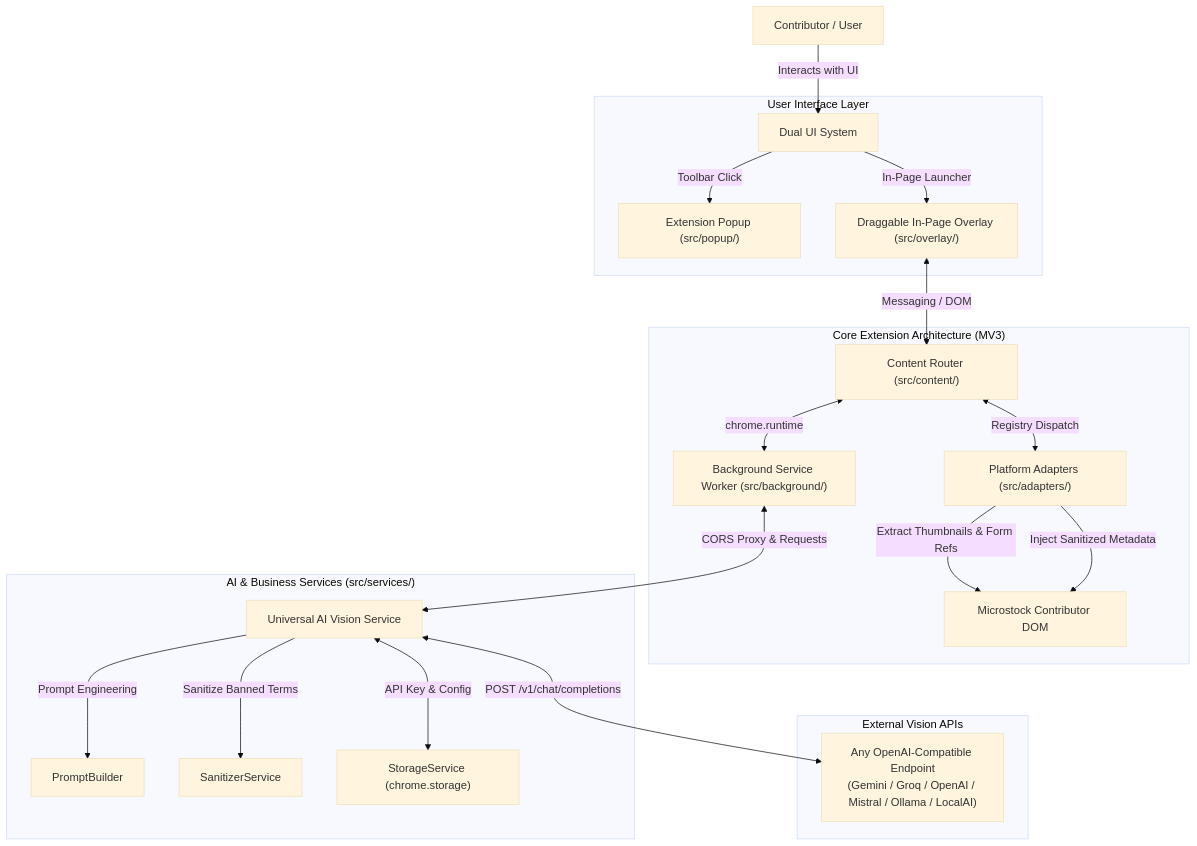
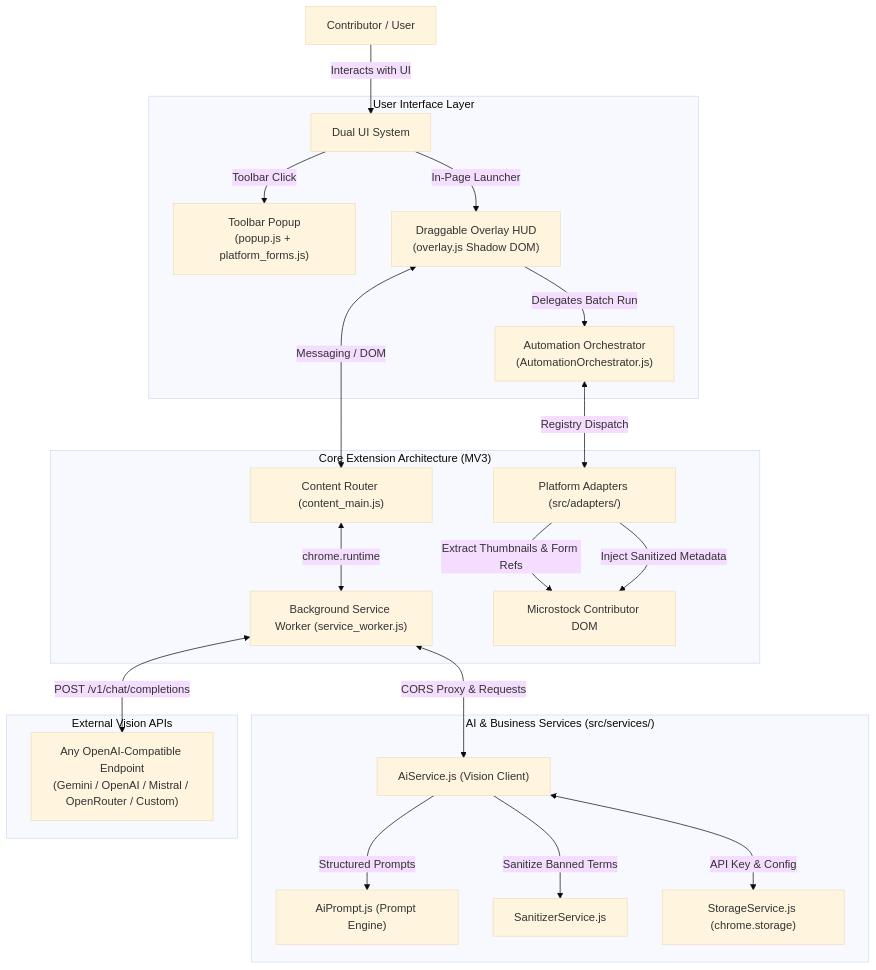
One commit to riiicil/rj-aio-metadata changed the first of 2 diagrams in docs/ARCHITECTURE.md. Above: the diagram before and after it, drawn with Mermaid (base theme). The commit also changed other lines of this file and 12 other files, not shown here.

Commit message:
docs(repo): synchronize release documentation, changelog, and roadmap for v0.1.0

````diff
--- a/docs/ARCHITECTURE.md
+++ b/docs/ARCHITECTURE.md
@@ -7,29 +7,31 @@
 ```mermaid
 graph TD
     User["Contributor / User"] -->|Interacts with UI| DualUI["Dual UI System"]
     
     subgraph UI ["User Interface Layer"]
-        DualUI -->|Toolbar Click| Popup["Extension Popup (src/popup/)"]
-        DualUI -->|In-Page Launcher| Overlay["Draggable In-Page Overlay (src/overlay/)"]
+        DualUI -->|Toolbar Click| Popup["Toolbar Popup\n(popup.js + platform_forms.js)"]
+        DualUI -->|In-Page Launcher| Overlay["Draggable Overlay HUD\n(overlay.js Shadow DOM)"]
+        Overlay -->|Delegates Batch Run| Orchestrator["Automation Orchestrator\n(AutomationOrchestrator.js)"]
     end
 
     subgraph Core ["Core Extension Architecture (MV3)"]
-        Overlay <-->|Messaging / DOM| ContentScript["Content Router (src/content/)"]
-        ContentScript <-->|Registry Dispatch| Adapters["Platform Adapters (src/adapters/)"]
-        ContentScript <-->|chrome.runtime| Background["Background Service Worker (src/background/)"]
+        Overlay <-->|Messaging / DOM| ContentScript["Content Router (content_main.js)"]
+        Orchestrator <-->|Registry Dispatch| Adapters["Platform Adapters (src/adapters/)"]
+        ContentScript <-->|chrome.runtime| Background["Background Service Worker (service_worker.js)"]
         
         Adapters -->|Extract Thumbnails & Form Refs| MicrostockDOM["Microstock Contributor DOM"]
         Adapters -->|Inject Sanitized Metadata| MicrostockDOM
     end
 
     subgraph Service ["AI & Business Services (src/services/)"]
-        Background <-->|CORS Proxy & Requests| VisionService["Universal AI Vision Service"]
-        VisionService -->|Prompt Engineering| PromptBuilder["PromptBuilder"]
-        VisionService -->|Sanitize Banned Terms| Sanitizer["SanitizerService"]
-        VisionService <-->|API Key & Config| Storage["StorageService (chrome.storage)"]
+        Background <-->|CORS Proxy & Requests| AiService["AiService.js (Vision Client)"]
+        AiService -->|Structured Prompts| AiPrompt["AiPrompt.js (Prompt Engine)"]
+        AiService -->|Sanitize Banned Terms| Sanitizer["SanitizerService.js"]
+        AiService <-->|API Key & Config| Storage["StorageService.js (chrome.storage)"]
     end
 
     subgraph External ["External Vision APIs"]
-        VisionService <-->|"POST /v1/chat/completions"| OpenAIEngine["Any OpenAI-Compatible Endpoint\n(Gemini / Groq / OpenAI / Mistral / Ollama / LocalAI)"]
+        Background <-->|"POST /v1/chat/completions"| OpenAIEngine["Any OpenAI-Compatible Endpoint\n(Gemini / OpenAI / Mistral / OpenRouter / Custom)"]
     end
+
 ```
````
